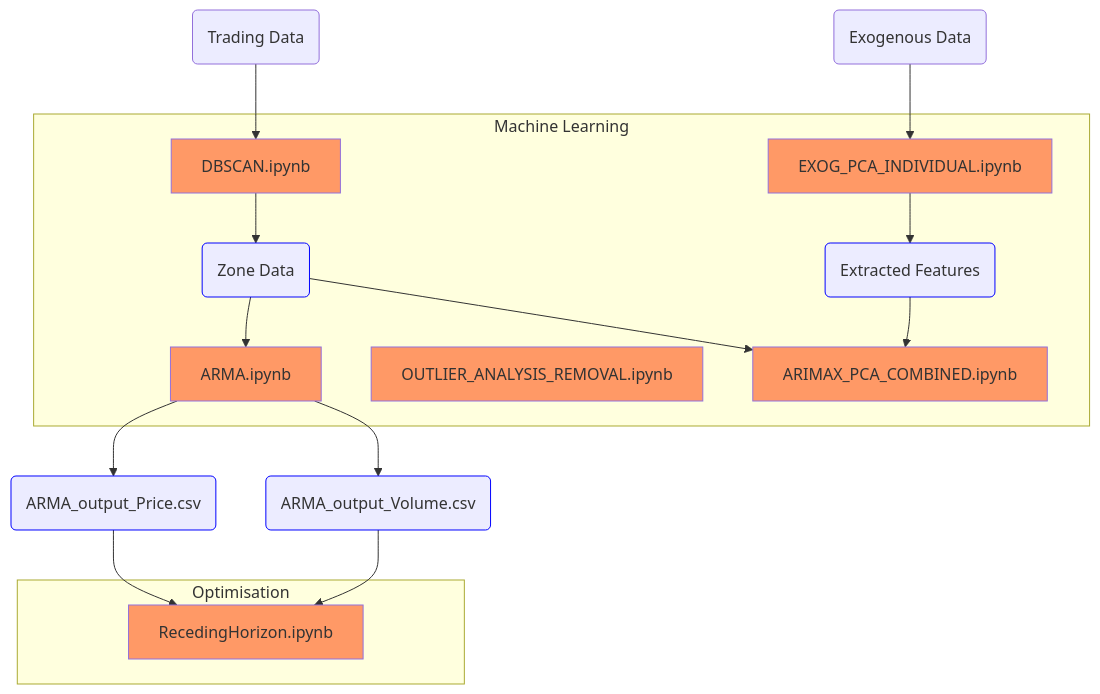
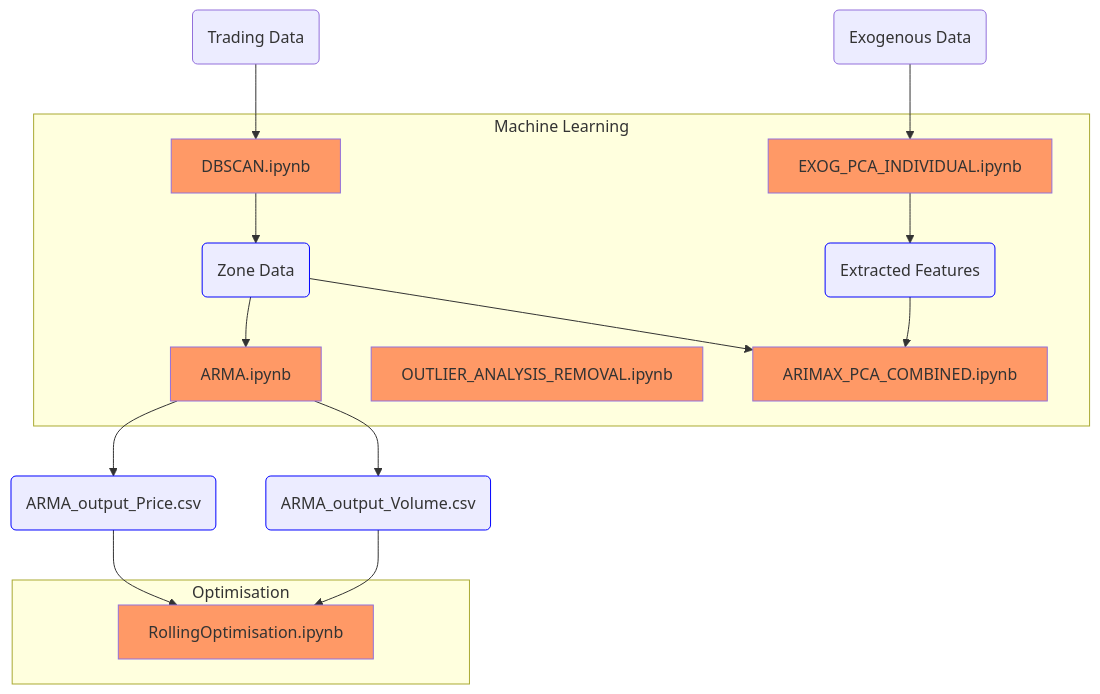
One commit to ELEN-Workshops-and-LDI/LDI-ML changed the diagram in README.md. Above: the diagram before and after it, drawn with Mermaid.

````diff
--- a/README.md
+++ b/README.md
@@ -6,29 +6,29 @@
 ```mermaid
   graph TD;
         exog("Exogenous Data")-->pca
       A("Trading Data")-->B["DBSCAN.ipynb"]:::nb;
       subgraph Machine Learning
       B-->zd("Zone Data"):::output
       zd-->arma["ARMA.ipynb"]:::nb
       pca["EXOG_PCA_INDIVIDUAL.ipynb"]:::nb
       outl["OUTLIER_ANALYSIS_REMOVAL.ipynb"]:::nb
       arimax["ARIMAX_PCA_COMBINED.ipynb"]:::nb
       pca-->fet("Extracted Features"):::output
       zd-->arimax
       end
         arma-->modP("ARMA_output_Price.csv"):::output
         arma-->modV("ARMA_output_Volume.csv"):::output
 
         modP-->opt
         modV-->opt
         subgraph Optimisation
-        opt["RecedingHorizon.ipynb"]:::nb
+        opt["RollingOptimisation.ipynb"]:::nb
         end
 
     
     fet-->arimax
     
 
     classDef nb fill:#f96
     classDef output stroke:#00f
 ```
````
